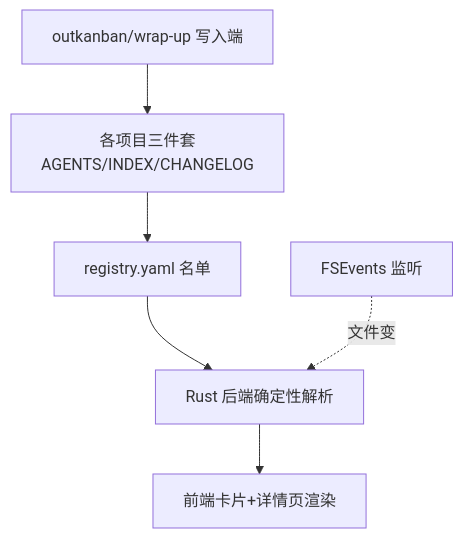
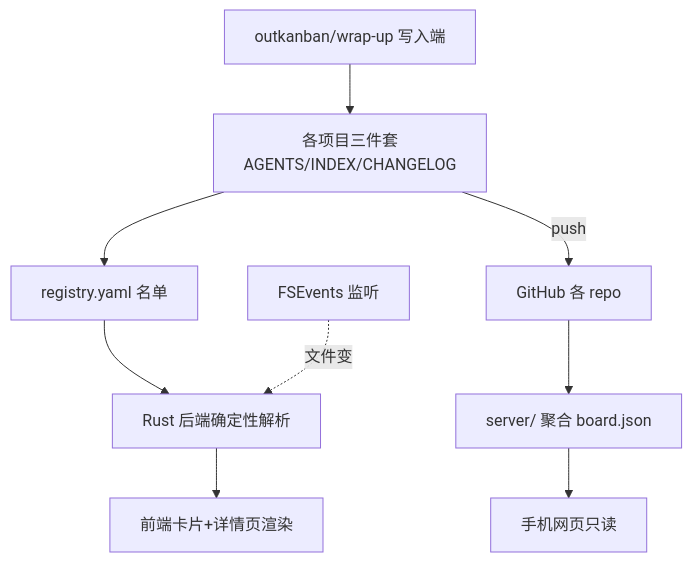
The diagram in INDEX.md (xinxin6623/tasktab), drawn with Mermaid before and after one commit. The commit also changed other lines of this file, not shown here.

First line of the commit message:
docs(index): 更新架构图补 server 聚合支线 + Handoff 概述改前瞻真机终验

````diff
--- a/INDEX.md
+++ b/INDEX.md
@@ -65,8 +65,11 @@
 ```mermaid
 flowchart TD
   A[各项目三件套<br/>AGENTS/INDEX/CHANGELOG] --> B[registry.yaml 名单]
   B --> C[Rust 后端确定性解析]
   C --> D[前端卡片+详情页渲染]
   E[FSEvents 监听] -.文件变.-> C
   F[outkanban/wrap-up 写入端] --> A
+  A -- push --> G[GitHub 各 repo]
+  G --> H[server/ 聚合 board.json]
+  H --> I[手机网页只读]
 ```
````
